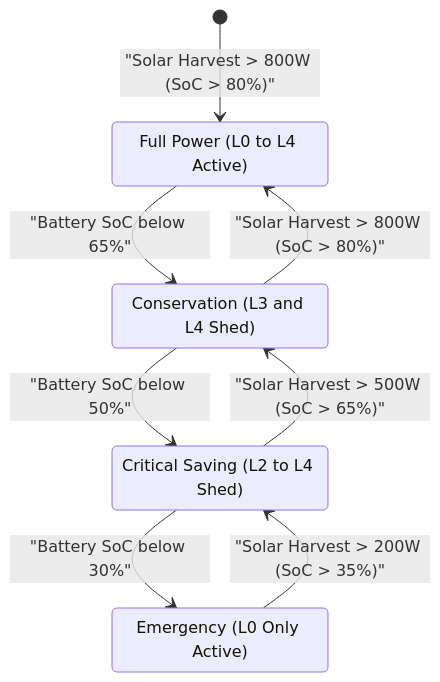
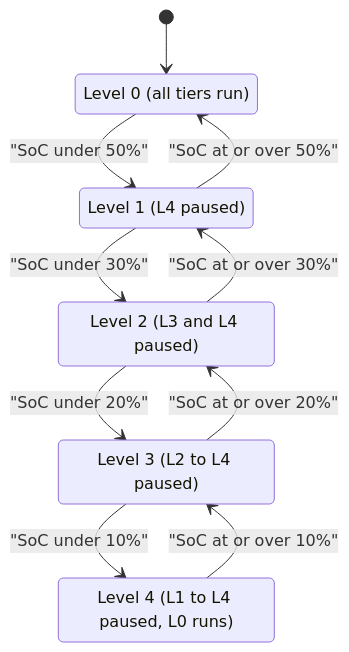
Before and after one commit to iliachry/sovereign-mini-datacenter: the second of 2 diagrams in ENTERPRISE_ONBOARDING.md, drawn with Mermaid. The commit also changed other lines of this file and 57 other files, not shown here.

````diff
--- a/ENTERPRISE_ONBOARDING.md
+++ b/ENTERPRISE_ONBOARDING.md
@@ -138,16 +174,18 @@
 ```mermaid
 stateDiagram-v2
-    [*] --> L0_Nominal : "Solar Harvest > 800W (SoC > 80%)"
-    
-    state "Full Power (L0 to L4 Active)" as L0_Nominal
-    state "Conservation (L3 and L4 Shed)" as L1_State
-    state "Critical Saving (L2 to L4 Shed)" as L2_State
-    state "Emergency (L0 Only Active)" as L3_State
+    state "Level 0 (all tiers run)" as S0
+    state "Level 1 (L4 paused)" as S1
+    state "Level 2 (L3 and L4 paused)" as S2
+    state "Level 3 (L2 to L4 paused)" as S3
+    state "Level 4 (L1 to L4 paused, L0 runs)" as S4
 
-    L0_Nominal --> L1_State : "Battery SoC below 65%"
-    L1_State --> L2_State : "Battery SoC below 50%"
-    L2_State --> L3_State : "Battery SoC below 30%"
-    L3_State --> L2_State : "Solar Harvest > 200W (SoC > 35%)"
-    L2_State --> L1_State : "Solar Harvest > 500W (SoC > 65%)"
-    L1_State --> L0_Nominal : "Solar Harvest > 800W (SoC > 80%)"
+    [*] --> S0
+    S0 --> S1 : "SoC under 50%"
+    S1 --> S2 : "SoC under 30%"
+    S2 --> S3 : "SoC under 20%"
+    S3 --> S4 : "SoC under 10%"
+    S4 --> S3 : "SoC at or over 10%"
+    S3 --> S2 : "SoC at or over 20%"
+    S2 --> S1 : "SoC at or over 30%"
+    S1 --> S0 : "SoC at or over 50%"
 ```
````
